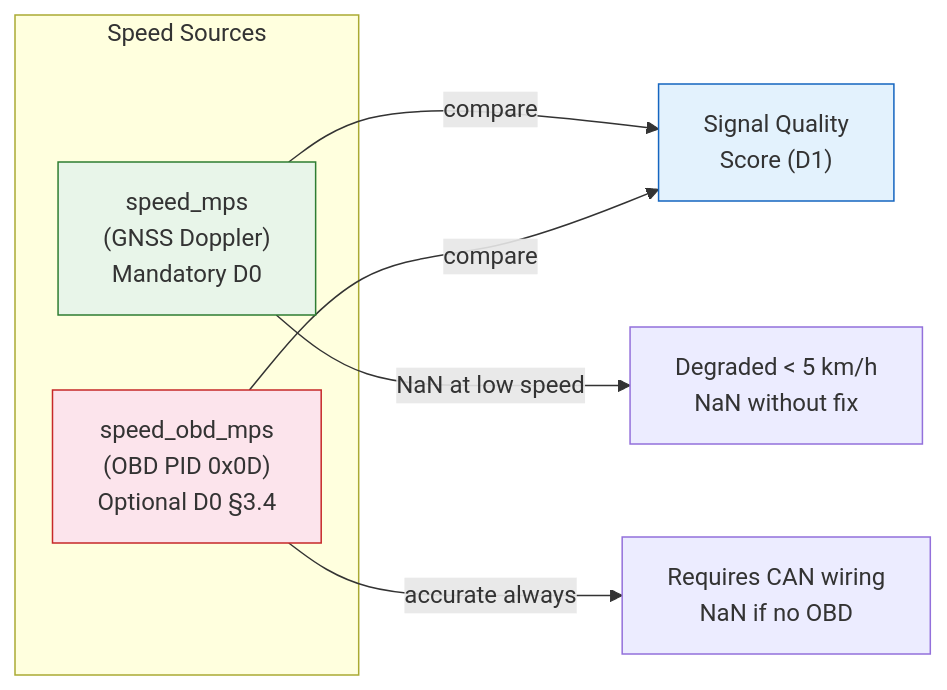
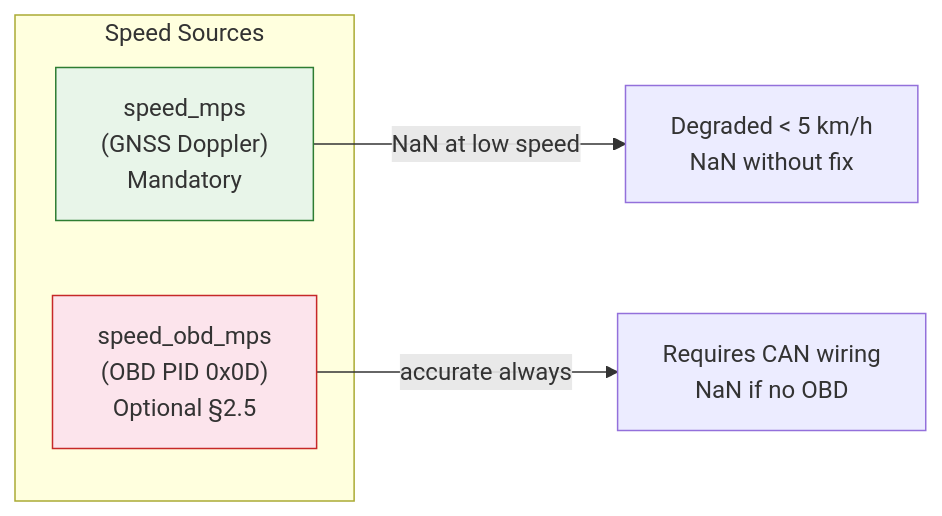
The fourth of 7 diagrams in spec/SPEC-01-data-layers.md (telemachus3/telemachus), drawn with Mermaid before and after one commit. The commit also changed other lines of this file and 3 other files, not shown here.

````diff
--- a/spec/SPEC-01-data-layers.md
+++ b/spec/SPEC-01-data-layers.md
@@ -205,17 +192,13 @@
 ```mermaid
 graph LR
     subgraph SPEED["Speed Sources"]
-        GPS_S["speed_mps\n(GNSS Doppler)\nMandatory D0"]
-        OBD_S["speed_obd_mps\n(OBD PID 0x0D)\nOptional D0 §3.4"]
+        GPS_S["speed_mps\n(GNSS Doppler)\nMandatory"]
+        OBD_S["speed_obd_mps\n(OBD PID 0x0D)\nOptional §2.5"]
     end
-
-    GPS_S -- "compare" --> SQS["Signal Quality\nScore (D1)"]
-    OBD_S -- "compare" --> SQS
 
     GPS_S -- "NaN at low speed" --> NOTE1["Degraded < 5 km/h\nNaN without fix"]
     OBD_S -- "accurate always" --> NOTE2["Requires CAN wiring\nNaN if no OBD"]
 
     style GPS_S fill:#e8f5e9,stroke:#2e7d32
     style OBD_S fill:#fce4ec,stroke:#c62828
-    style SQS fill:#e3f2fd,stroke:#1565c0
 ```
````
